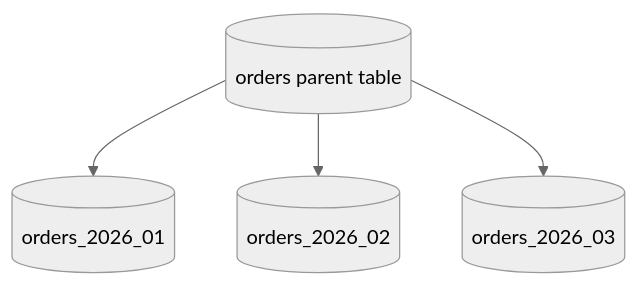
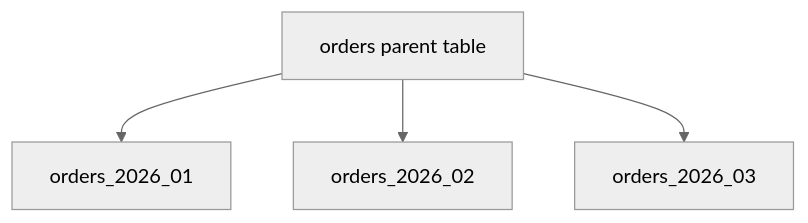
The eighth of 19 diagrams in HLD_NOTES/003_TECHNOLOGY_DEEP_DIVE/rdbms/database_v2.md (mthaiseer/springcloud-systemdesign-notes), drawn with Mermaid (neutral theme) before and after one commit. The commit also changed other lines of this file, not shown here.

````diff
--- a/HLD_NOTES/003_TECHNOLOGY_DEEP_DIVE/rdbms/database_v2.md
+++ b/HLD_NOTES/003_TECHNOLOGY_DEEP_DIVE/rdbms/database_v2.md
@@ -432,7 +490,6 @@
 ```mermaid
 flowchart TD
-    Parent[(orders parent table)]
-    Parent --> P1[(orders_2026_01)]
-    Parent --> P2[(orders_2026_02)]
-    Parent --> P3[(orders_2026_03)]
+    Orders[orders parent table] --> Jan[orders_2026_01]
+    Orders --> Feb[orders_2026_02]
+    Orders --> Mar[orders_2026_03]
 ```
````
